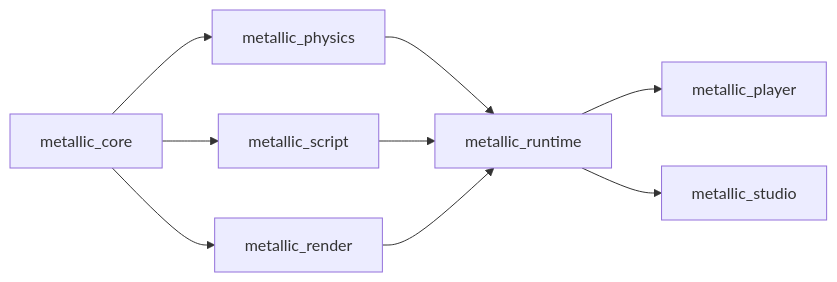
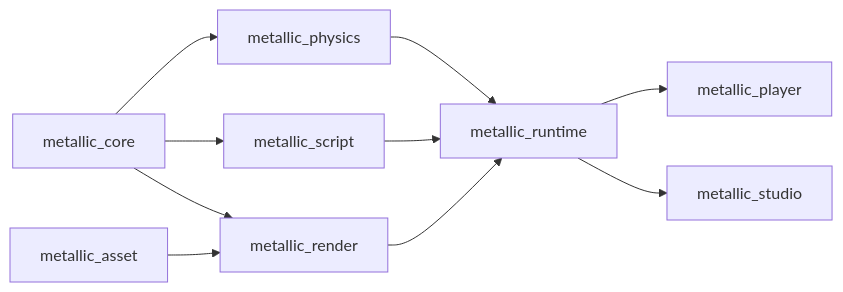
One commit to Metallic-Club/studio changed the diagram in ARCHITECTURE.md. Above: the diagram before and after it, drawn with Mermaid. The commit also changed other lines of this file and 39 other files, not shown here.

````diff
--- a/ARCHITECTURE.md
+++ b/ARCHITECTURE.md
@@ -6,11 +6,12 @@
 ```mermaid
 graph LR
   core[metallic_core] --> physics[metallic_physics]
   core --> script[metallic_script]
   core --> render[metallic_render]
+  asset[metallic_asset] --> render
   physics --> runtime[metallic_runtime]
   script --> runtime
   render --> runtime
   runtime --> player[metallic_player]
   runtime --> studio[metallic_studio]
 ```
````
